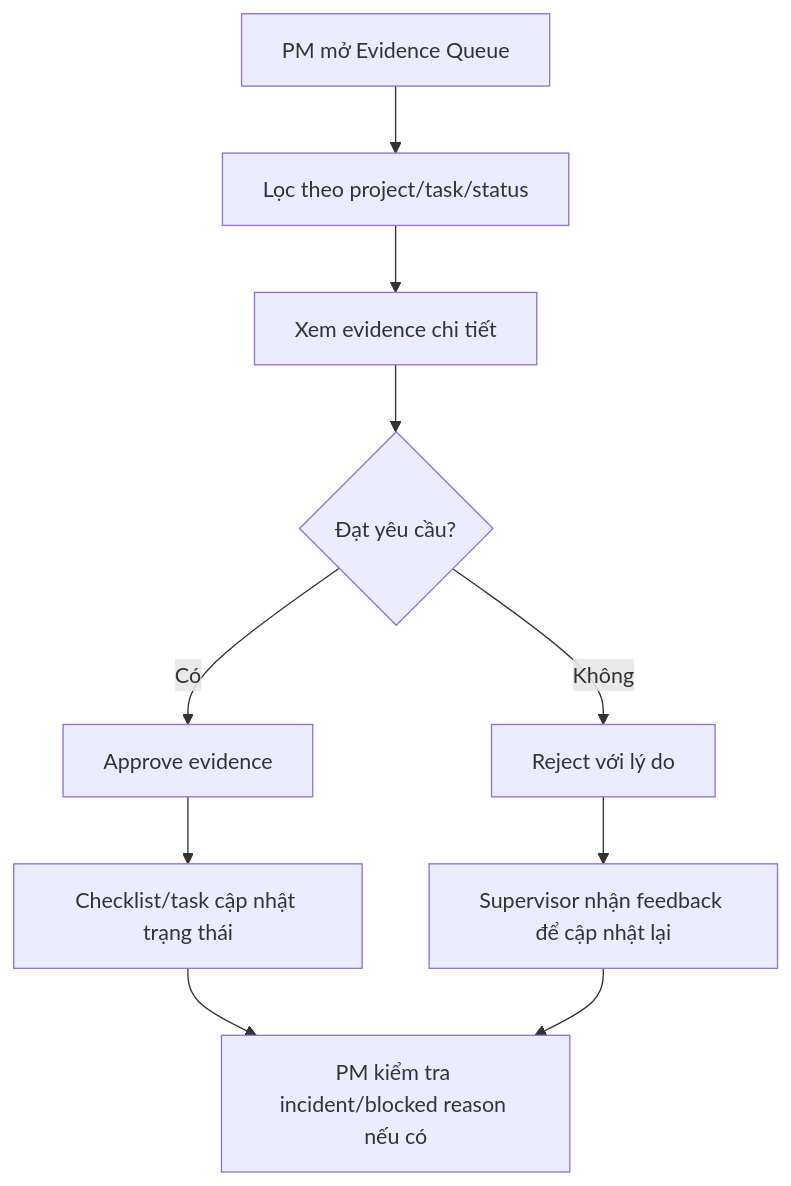
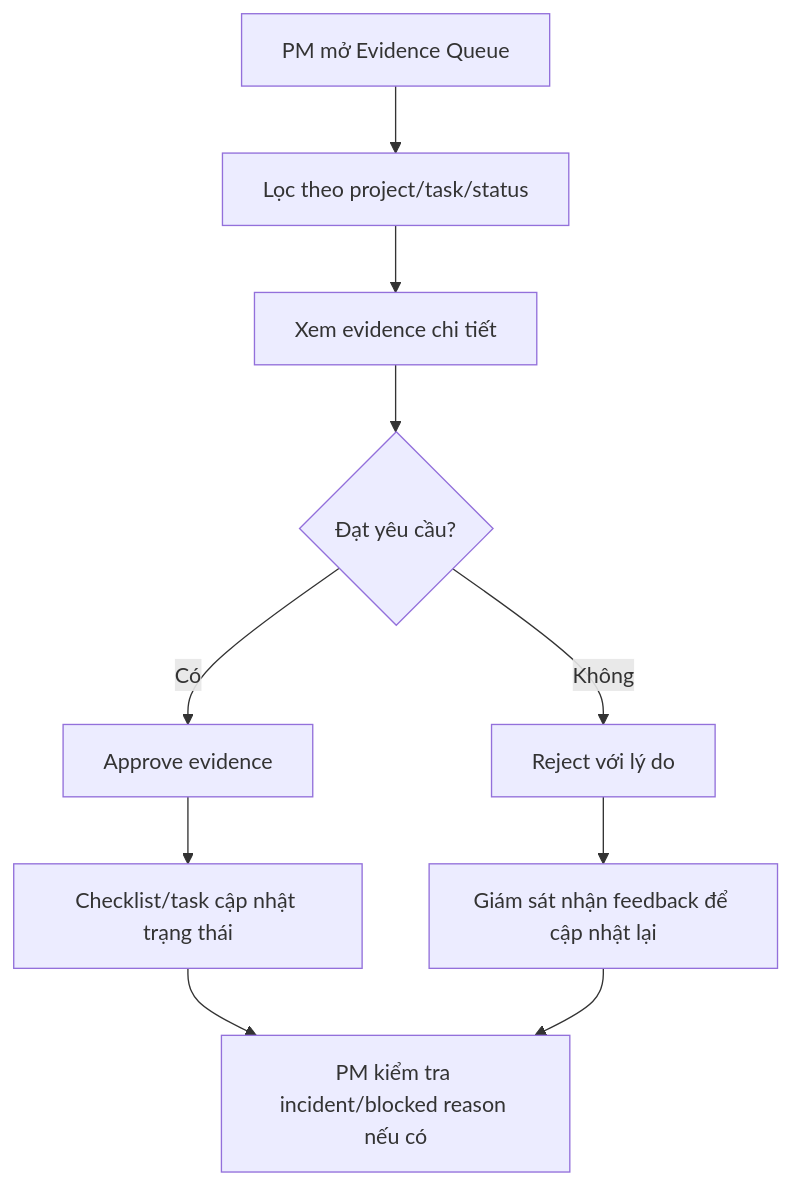
Before and after one commit to dungnt118/sira-thi-cong: the seventh of 8 diagrams in documents/BA-V4/03-UI-UX-Design/PM/User_Flows_PM_v4.md, drawn with Mermaid. The commit also changed other lines of this file and 56 other files, not shown here.

````diff
--- a/documents/BA-V4/03-UI-UX-Design/PM/User_Flows_PM_v4.md
+++ b/documents/BA-V4/03-UI-UX-Design/PM/User_Flows_PM_v4.md
@@ -119,12 +119,12 @@
 ```mermaid
 flowchart TD
   A["PM mở Evidence Queue"] --> B["Lọc theo project/task/status"]
   B --> C["Xem evidence chi tiết"]
   C --> D{"Đạt yêu cầu?"}
   D -->|Có| E["Approve evidence"]
   D -->|Không| F["Reject với lý do"]
   E --> G["Checklist/task cập nhật trạng thái"]
-  F --> H["Supervisor nhận feedback để cập nhật lại"]
+  F --> H["Giám sát nhận feedback để cập nhật lại"]
   G --> I["PM kiểm tra incident/blocked reason nếu có"]
   H --> I
 ```
````
